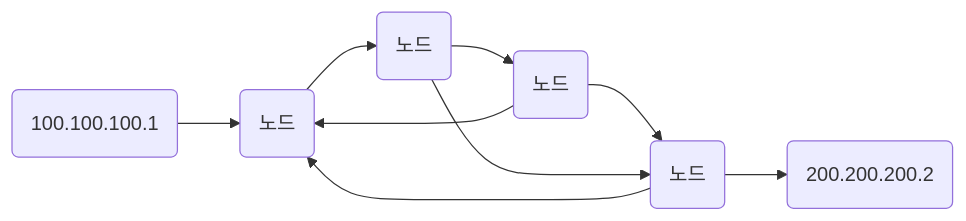
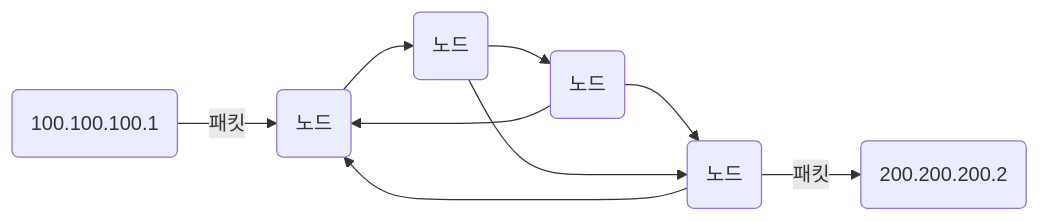
The third of 6 diagrams in WEB/HTTP.md (dooboocookie/TIL), drawn with Mermaid before and after one commit. The commit also changed other lines of this file, not shown here.

````diff
--- a/WEB/HTTP.md
+++ b/WEB/HTTP.md
@@ -38,11 +41,11 @@
 ```mermaid
 graph LR
-A(100.100.100.1) -->F
+A(100.100.100.1) -->|패킷|F
 F(노드) -->B
 B(노드)-->C
 C(노드)-->E
 C-->F
 E(노드)-->F
 B-->E
-E-->G(200.200.200.2)
+E-->|패킷|G(200.200.200.2)
 ```
````
